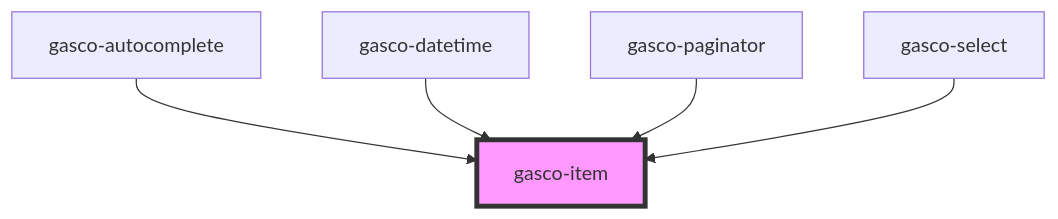
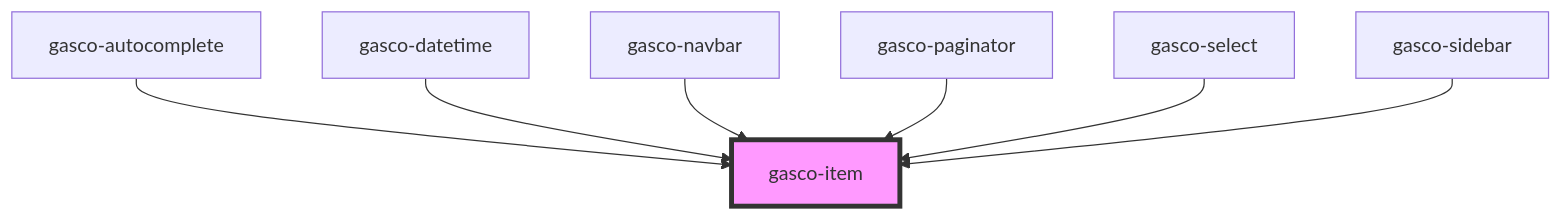
Before and after one commit to lac617a/gasco-core: the diagram in core/src/components/gasco-item/readme.md, drawn with Mermaid. The commit also changed other lines of this file and 62 other files, not shown here.

````diff
--- a/core/src/components/gasco-item/readme.md
+++ b/core/src/components/gasco-item/readme.md
@@ -101,8 +104,10 @@
 ```mermaid
 graph TD;
   gasco-autocomplete --> gasco-item
   gasco-datetime --> gasco-item
+  gasco-navbar --> gasco-item
   gasco-paginator --> gasco-item
   gasco-select --> gasco-item
+  gasco-sidebar --> gasco-item
   style gasco-item fill:#f9f,stroke:#333,stroke-width:4px
 ```
````
